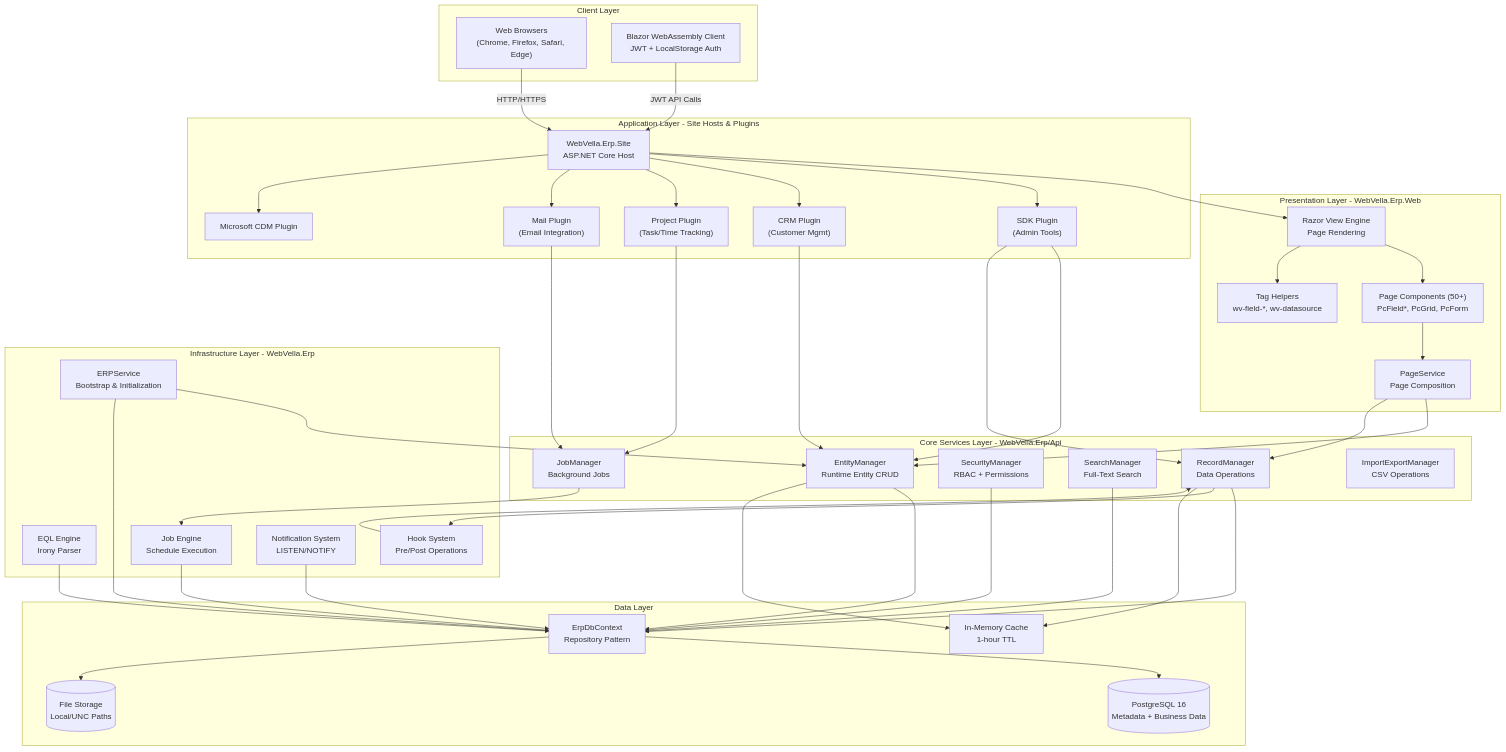
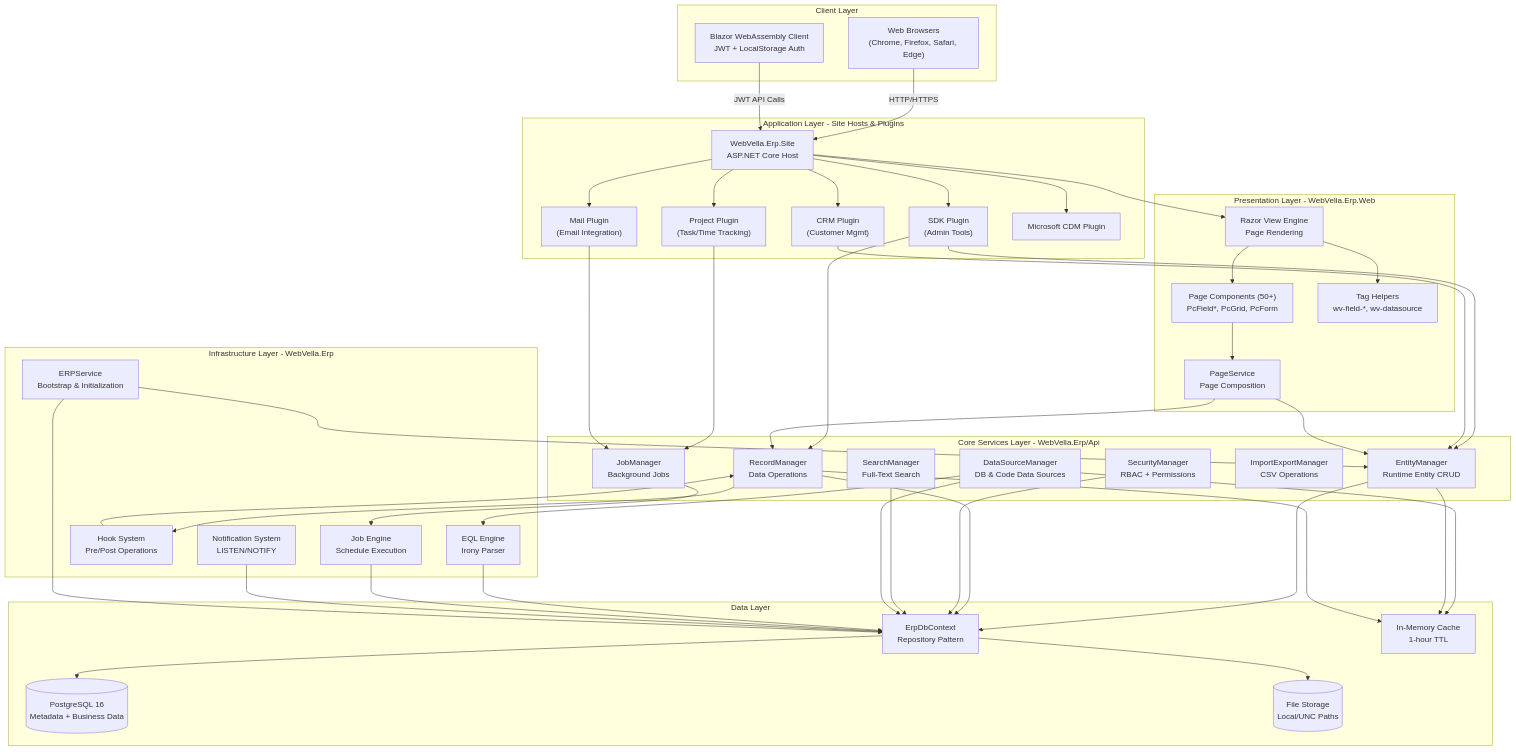
One commit to blitzy-public-samples/blitzy-WebVella-ERP changed the first of 6 diagrams in docs/reverse-engineering/architecture.md. Above: the diagram before and after it, drawn with Mermaid. The commit also changed other lines of this file and 4 other files, not shown here.

```diff
--- a/docs/reverse-engineering/architecture.md
+++ b/docs/reverse-engineering/architecture.md
@@ -77,6 +77,7 @@
         SearchMgr["SearchManager<br/>Full-Text Search"]
         JobMgr["JobManager<br/>Background Jobs"]
         ImportExportMgr["ImportExportManager<br/>CSV Operations"]
+        DataSourceMgr["DataSourceManager<br/>DB & Code Data Sources"]
     end
     
     subgraph "Infrastructure Layer - WebVella.Erp"
@@ -122,6 +123,9 @@
     SearchMgr --> DbContext
     JobMgr --> JobEngine
     RecordMgr --> HookSystem
+    DataSourceMgr --> EQLEngine
+    DataSourceMgr --> DbContext
+    DataSourceMgr --> MemCache
     
     EQLEngine --> DbContext
     HookSystem --> RecordMgr
```
